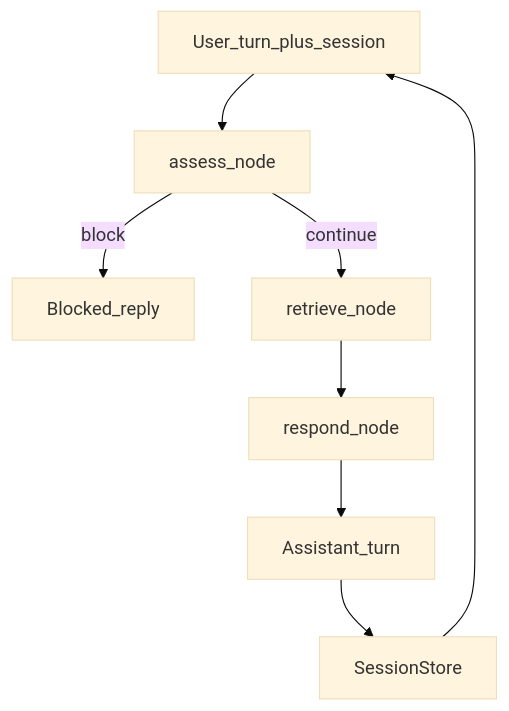
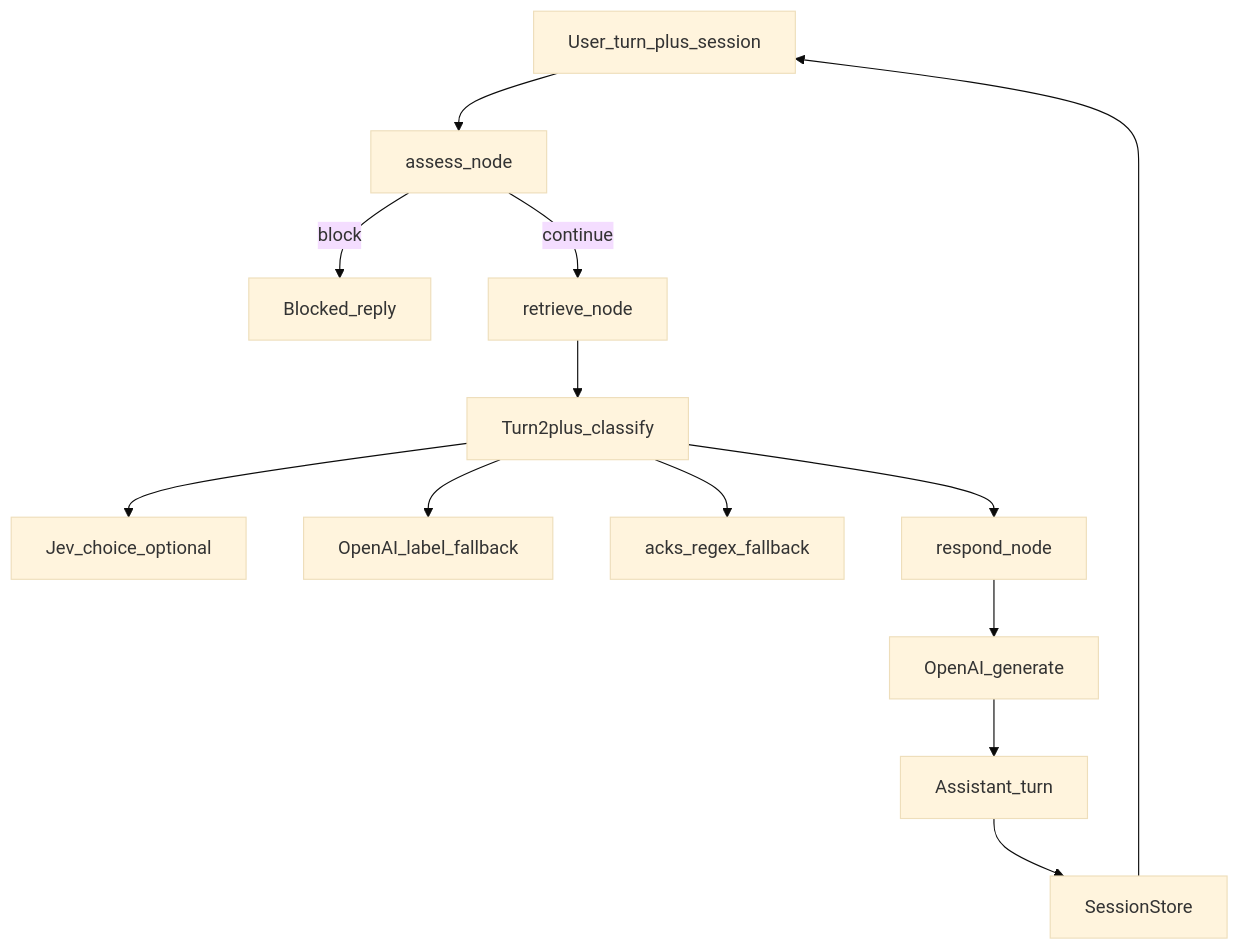
One commit to raghuram-chittibomma/ai-repair-assistant changed the third of 3 diagrams in docs/architecture/05-runtime-ask-diagnose.md. Above: the diagram before and after it, drawn with Mermaid (base theme). The commit also changed other lines of this file and 21 other files, not shown here.

First line of the commit message:
Prefer TypeSafe Jev for diagnose turn classify (ADR-0054).

````diff
--- a/docs/architecture/05-runtime-ask-diagnose.md
+++ b/docs/architecture/05-runtime-ask-diagnose.md
@@ -101,18 +101,28 @@
 ```mermaid
 flowchart TD
   turn[User_turn_plus_session]
   assess[assess_node]
   blocked[Blocked_reply]
   retrieve[retrieve_node]
+  classify[Turn2plus_classify]
+  jev[Jev_choice_optional]
+  openaiCls[OpenAI_label_fallback]
+  regex[acks_regex_fallback]
   respond[respond_node]
+  openaiGen[OpenAI_generate]
   sess[SessionStore]
   out[Assistant_turn]
 
   turn --> assess
   assess -->|block| blocked
   assess -->|continue| retrieve
-  retrieve --> respond
-  respond --> out
+  retrieve --> classify
+  classify --> jev
+  classify --> openaiCls
+  classify --> regex
+  classify --> respond
+  respond --> openaiGen
+  openaiGen --> out
   out --> sess
   sess --> turn
 ```
````
